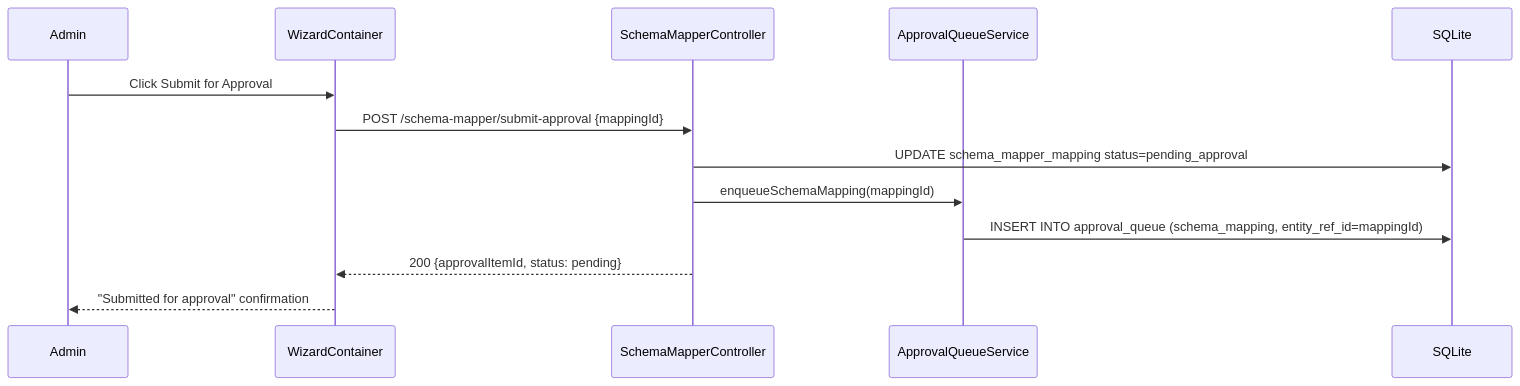
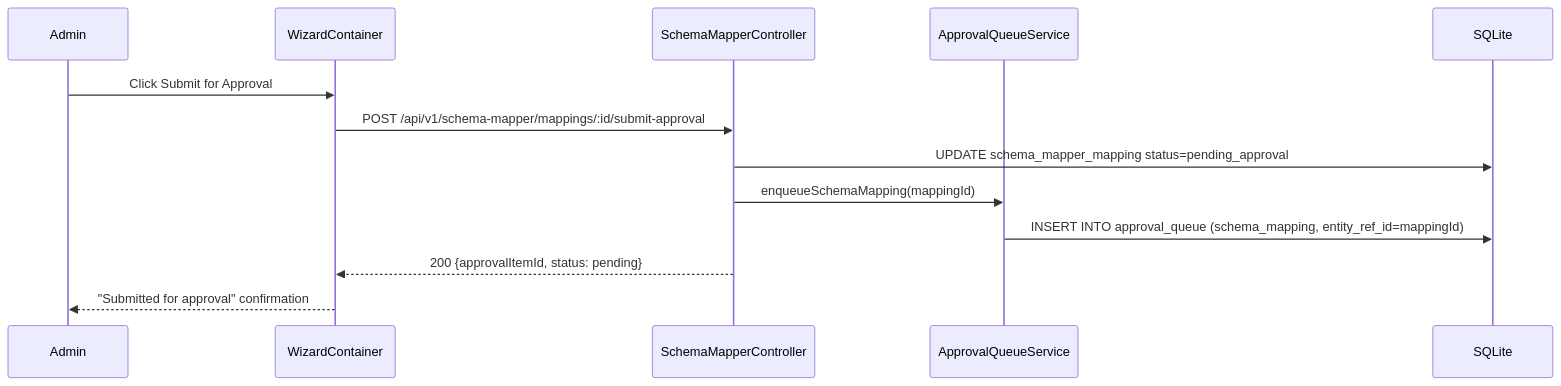
The second of 2 diagrams in docs/User stories/EPIC-05-Schema-Mapper-Agent.md (ashutoshbelulkar-coder/credit-harmony), drawn with Mermaid before and after one commit. The commit also changed other lines of this file and 30 other files, not shown here.

````diff
--- a/docs/User stories/EPIC-05-Schema-Mapper-Agent.md
+++ b/docs/User stories/EPIC-05-Schema-Mapper-Agent.md
@@ -573,16 +573,16 @@
 ```mermaid
 sequenceDiagram
     participant A as Admin
     participant FE as WizardContainer
     participant API as SchemaMapperController
     participant AQSVC as ApprovalQueueService
     participant DB as SQLite
 
     A->>FE: Click Submit for Approval
-    FE->>API: POST /schema-mapper/submit-approval {mappingId}
+    FE->>API: POST /api/v1/schema-mapper/mappings/:id/submit-approval
     API->>DB: UPDATE schema_mapper_mapping status=pending_approval
     API->>AQSVC: enqueueSchemaMapping(mappingId)
     AQSVC->>DB: INSERT INTO approval_queue (schema_mapping, entity_ref_id=mappingId)
     API-->>FE: 200 {approvalItemId, status: pending}
     FE-->>A: "Submitted for approval" confirmation
 ```
````
